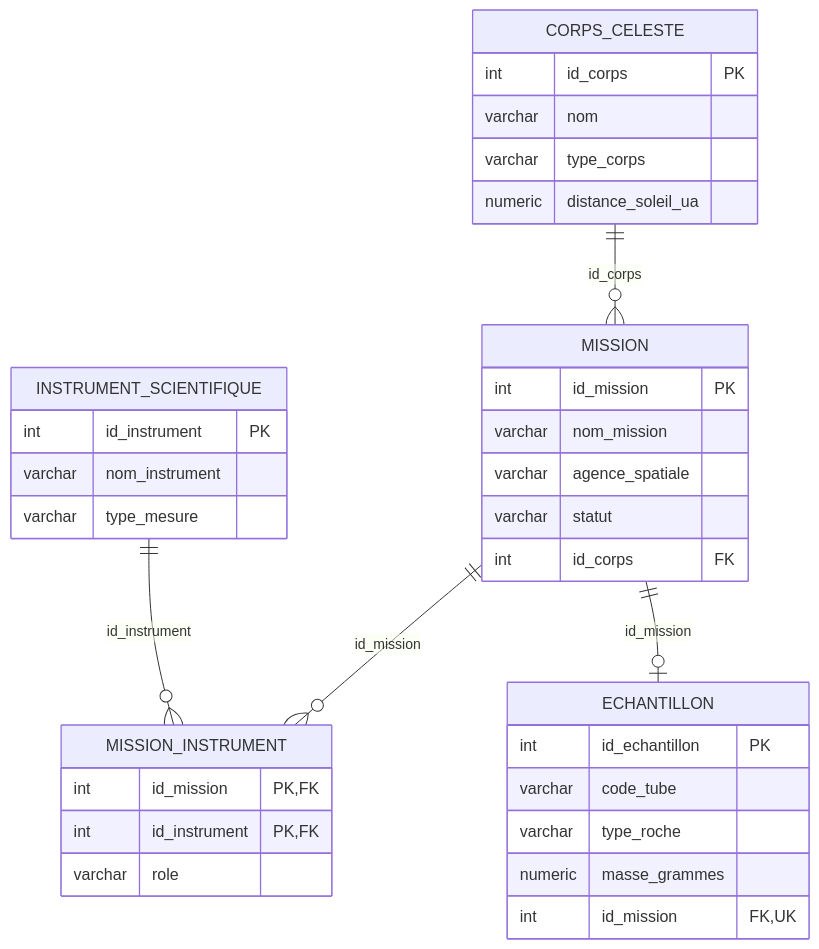
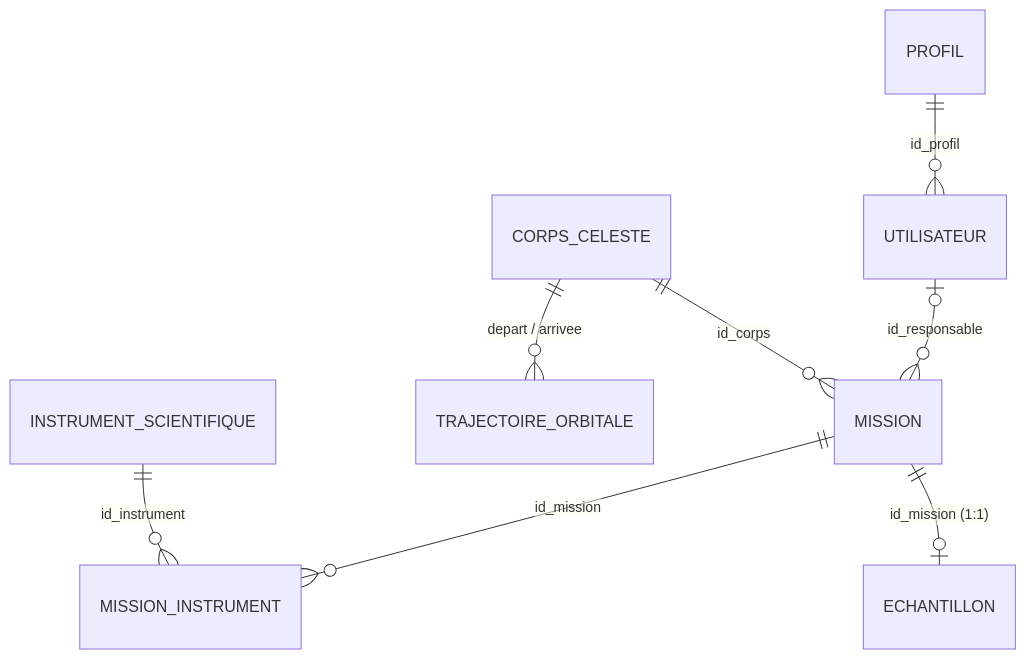
One commit to GuillaumeWnt/devoirBDD changed the diagram in README.md. Above: the diagram before and after it, drawn with Mermaid. The commit also changed other lines of this file and 14 other files, not shown here.

First line of the commit message:
feat(bdd,cli,docs): etendre le schema a 8 tables avec profils md5 graphe orbital et cli complet

````diff
--- a/README.md
+++ b/README.md
@@ -25,42 +38,10 @@
 ```mermaid
 erDiagram
+    PROFIL ||--o{ UTILISATEUR : "id_profil"
+    UTILISATEUR |o--o{ MISSION : "id_responsable"
     CORPS_CELESTE ||--o{ MISSION : "id_corps"
+    CORPS_CELESTE ||--o{ TRAJECTOIRE_ORBITALE : "depart / arrivee"
+    MISSION ||--o{ MISSION_INSTRUMENT : "id_mission"
     INSTRUMENT_SCIENTIFIQUE ||--o{ MISSION_INSTRUMENT : "id_instrument"
-    MISSION ||--o{ MISSION_INSTRUMENT : "id_mission"
-    MISSION ||--o| ECHANTILLON : "id_mission"
-
-    CORPS_CELESTE {
-        int id_corps PK
-        varchar nom
-        varchar type_corps
-        numeric distance_soleil_ua
-    }
-
-    MISSION {
-        int id_mission PK
-        varchar nom_mission
-        varchar agence_spatiale
-        varchar statut
-        int id_corps FK
-    }
-
-    INSTRUMENT_SCIENTIFIQUE {
-        int id_instrument PK
-        varchar nom_instrument
-        varchar type_mesure
-    }
-
-    MISSION_INSTRUMENT {
-        int id_mission PK, FK
-        int id_instrument PK, FK
-        varchar role
-    }
-
-    ECHANTILLON {
-        int id_echantillon PK
-        varchar code_tube
-        varchar type_roche
-        numeric masse_grammes
-        int id_mission FK, UK
-    }
+    MISSION ||--o| ECHANTILLON : "id_mission (1:1)"
 ```
````
